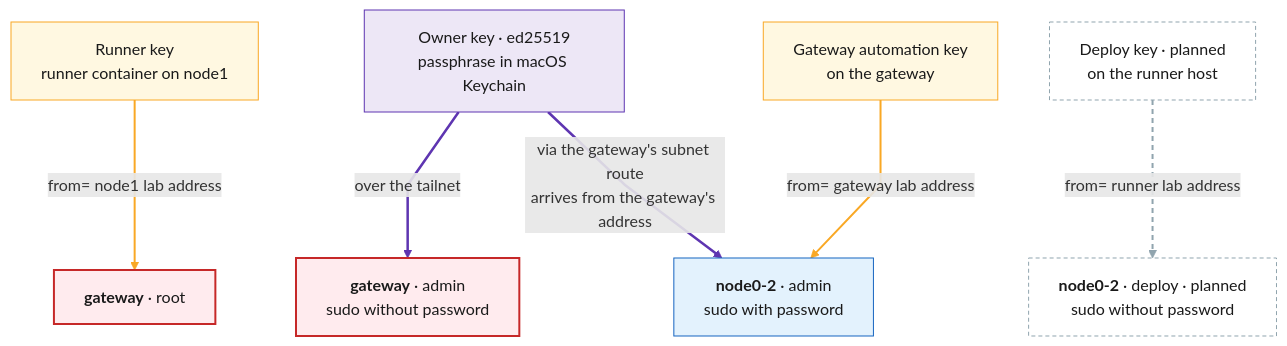
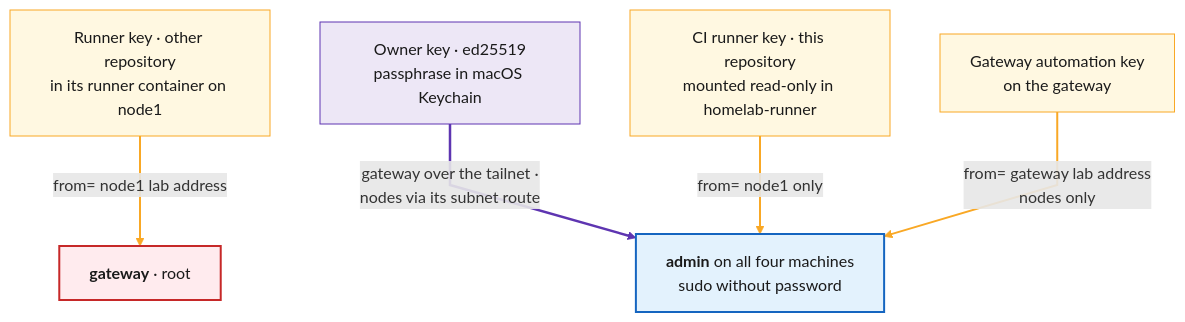
Before and after one commit to RyanMoore-phys/homelab-infra: the diagram in docs/security/access-model.md, drawn with Mermaid. The commit also changed other lines of this file and 23 other files, not shown here.

Commit message:
Sudo free-password for only the private, local github runner

````diff
--- a/docs/security/access-model.md
+++ b/docs/security/access-model.md
@@ -3,33 +3,27 @@
 ```mermaid
 flowchart TB
-    kr["Runner key<br/>runner container on node1"]
+    kr["Runner key · other repository<br/>in its runner container on node1"]
     ko["Owner key · ed25519<br/>passphrase in macOS Keychain"]
+    kc["CI runner key · this repository<br/>mounted read-only in homelab-runner"]
     kg["Gateway automation key<br/>on the gateway"]
-    kd["Deploy key · planned<br/>on the runner host"]
     gr["<b>gateway</b> · root"]
-    ga["<b>gateway</b> · admin<br/>sudo without password"]
-    na["<b>node0-2</b> · admin<br/>sudo with password"]
-    nd["<b>node0-2</b> · deploy · planned<br/>sudo without password"]
+    adm["<b>admin</b> on all four machines<br/>sudo without password"]
 
     kr -->|"from= node1 lab address"| gr
-    ko ==>|"over the tailnet"| ga
-    ko ==>|"via the gateway's subnet route<br/>arrives from the gateway's address"| na
-    kg -->|"from= gateway lab address"| na
-    kd -.->|"from= runner lab address"| nd
+    ko ==>|"gateway over the tailnet ·<br/>nodes via its subnet route"| adm
+    kc -->|"from= node1 only"| adm
+    kg -->|"from= gateway lab address<br/>nodes only"| adm
 
     classDef owner fill:#ede7f6,stroke:#5e35b1,color:#1a1a1a
     classDef auto fill:#fff8e1,stroke:#f9a825,color:#1a1a1a
-    classDef planned fill:#ffffff,stroke:#90a4ae,stroke-dasharray:4 3,color:#1a1a1a
     classDef gwacct fill:#ffebee,stroke:#c62828,stroke-width:2px,color:#1a1a1a
-    classDef nodeacct fill:#e3f2fd,stroke:#1565c0,color:#1a1a1a
+    classDef acct fill:#e3f2fd,stroke:#1565c0,stroke-width:2px,color:#1a1a1a
     class ko owner
-    class kg,kr auto
-    class kd,nd planned
-    class ga,gr gwacct
-    class na nodeacct
+    class kg,kr,kc auto
+    class gr gwacct
+    class adm acct
     linkStyle default interpolate linear
     linkStyle 0 stroke:#f9a825,stroke-width:2px
-    linkStyle 1,2 stroke:#5e35b1,stroke-width:2.5px
-    linkStyle 3 stroke:#f9a825,stroke-width:2px
-    linkStyle 4 stroke:#90a4ae,stroke-width:2px,stroke-dasharray:5 4
+    linkStyle 1 stroke:#5e35b1,stroke-width:2.5px
+    linkStyle 2,3 stroke:#f9a825,stroke-width:2px
 ```
````
